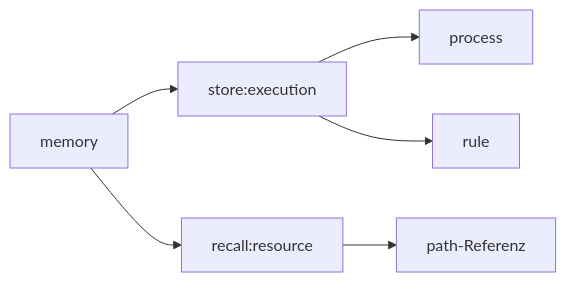
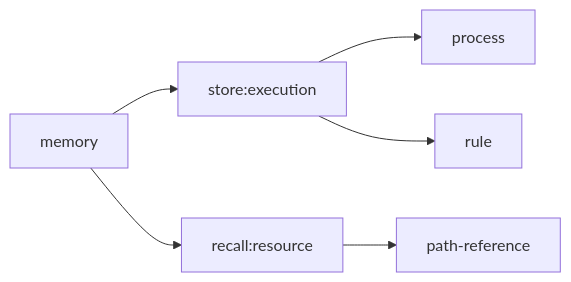
Before and after one commit to netzkontrast/PromptX: the diagram in resource/protocol/dpml.protocol.md, drawn with Mermaid. The commit also changed other lines of this file and 5 other files, not shown here.

````diff
--- a/resource/protocol/dpml.protocol.md
+++ b/resource/protocol/dpml.protocol.md
@@ -140,8 +140,8 @@
    ```mermaid
    flowchart LR
      A["memory"] --> B["store:execution"]
      A --> C["recall:resource"]
      B --> D["process"]
      B --> E["rule"]
-     C --> F["path-Referenz"]
+     C --> F["path-reference"]
    ```
````
